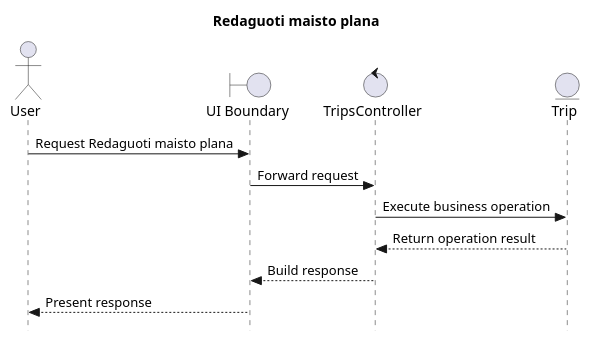
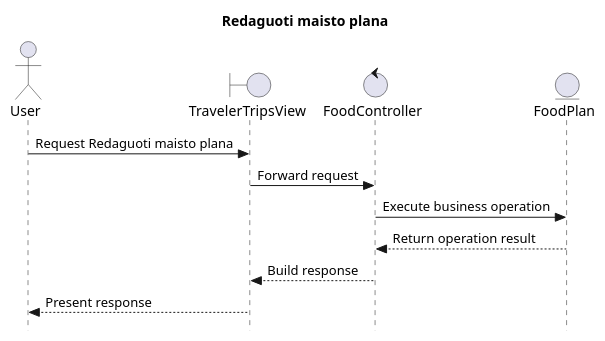
Before and after one commit to SauliusDev/ps-projektas: the diagram in _refs/diagrams-new/sequence/Redaguoti_maisto_plana.puml, drawn with PlantUML. The commit also changed 40 other files, not shown here.

Commit message:
fix: align sequence stubs with BCE semantics

```diff
--- a/_refs/diagrams-new/sequence/Redaguoti_maisto_plana.puml
+++ b/_refs/diagrams-new/sequence/Redaguoti_maisto_plana.puml
@@ -1,17 +1,17 @@
 @startuml
 skinparam style strictuml
 
 title Redaguoti maisto plana
 
 actor "User" as user
-boundary "UI Boundary" as ui
-control "TripsController" as tripsController
-entity "Trip" as trip
+boundary "TravelerTripsView" as ui
+control "FoodController" as foodController
+entity "FoodPlan" as foodPlan
 
 user -> ui: Request Redaguoti maisto plana
-ui -> tripsController: Forward request
-tripsController -> trip: Execute business operation
-trip --> tripsController: Return operation result
-tripsController --> ui: Build response
+ui -> foodController: Forward request
+foodController -> foodPlan: Execute business operation
+foodPlan --> foodController: Return operation result
+foodController --> ui: Build response
 ui --> user: Present response
 @enduml
```
